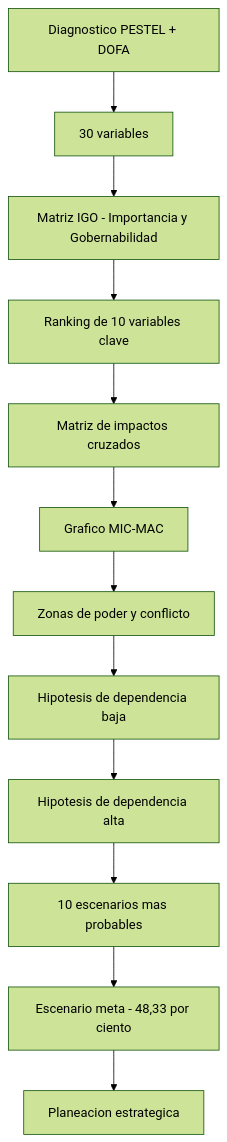
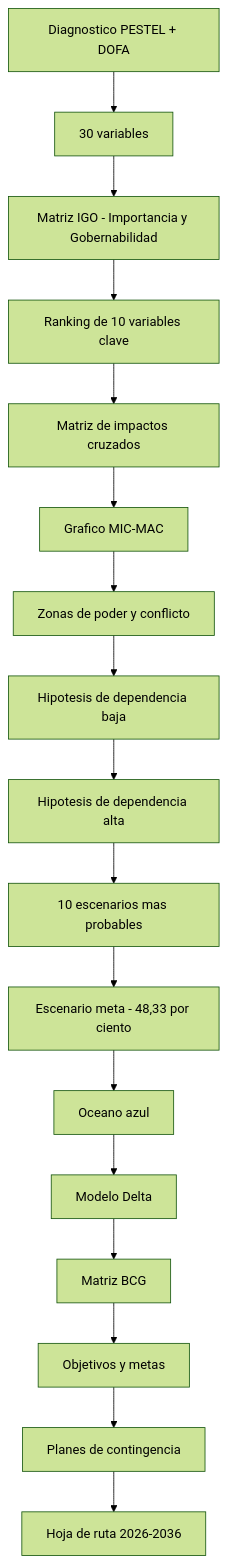
The second of 3 diagrams in README.md (AlejoTechEngineer/imaginamos-2036-prospectiva-igo-micmac-escenario-meta), drawn with Mermaid (forest theme) before and after one commit. The commit also changed other lines of this file and 2 other files, not shown here.

````diff
--- a/README.md
+++ b/README.md
@@ -145,14 +166,19 @@
 ```mermaid
 flowchart TD
     A[Diagnostico PESTEL + DOFA] --> B[30 variables]
     B --> C[Matriz IGO - Importancia y Gobernabilidad]
     C --> D[Ranking de 10 variables clave]
     D --> E[Matriz de impactos cruzados]
     E --> F[Grafico MIC-MAC]
     F --> G[Zonas de poder y conflicto]
     G --> H[Hipotesis de dependencia baja]
     H --> I[Hipotesis de dependencia alta]
     I --> J[10 escenarios mas probables]
     J --> K[Escenario meta - 48,33 por ciento]
-    K --> L[Planeacion estrategica]
+    K --> L[Oceano azul]
+    L --> M[Modelo Delta]
+    M --> N[Matriz BCG]
+    N --> O[Objetivos y metas]
+    O --> P[Planes de contingencia]
+    P --> Q[Hoja de ruta 2026-2036]
 ```
````
